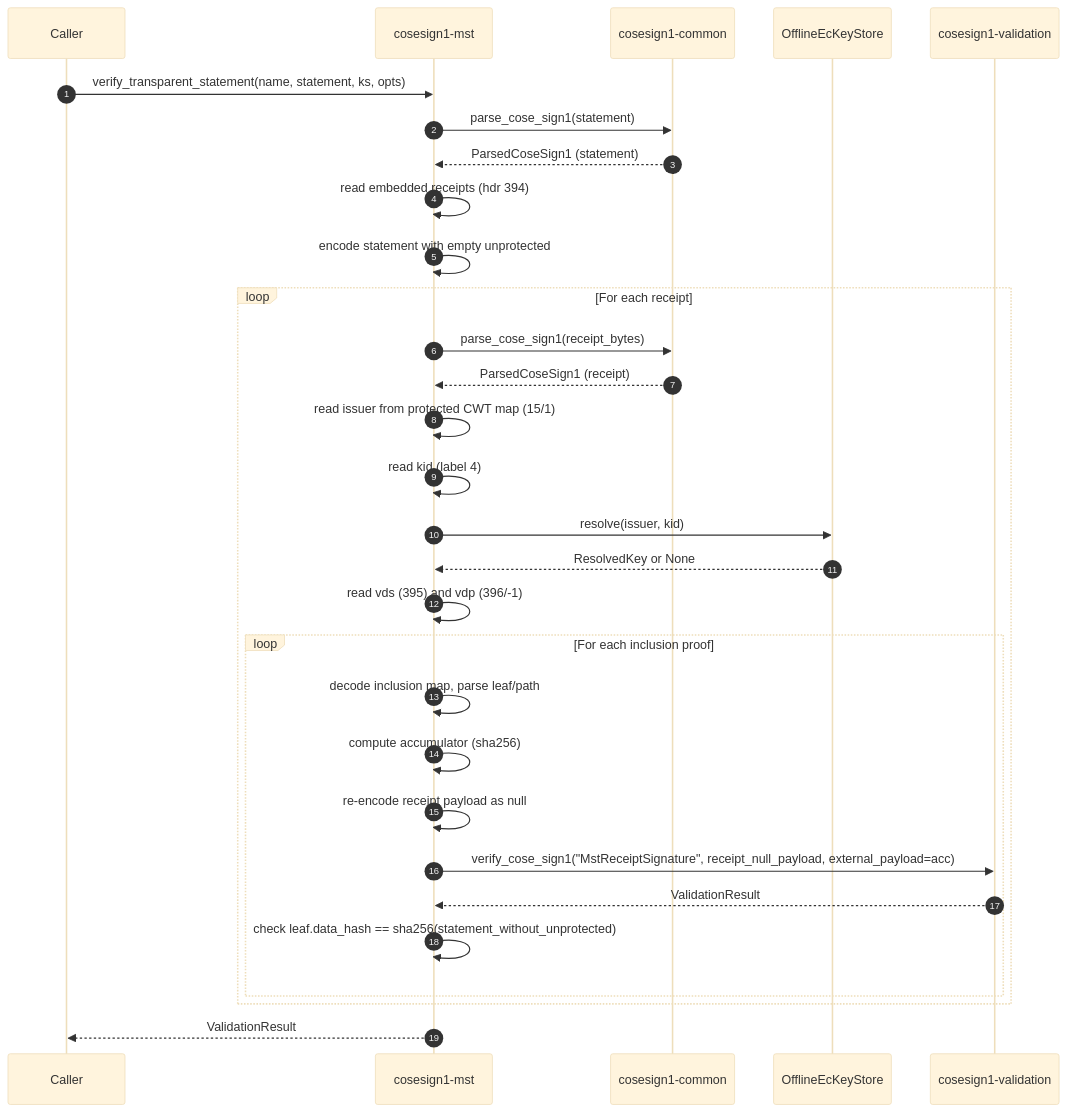
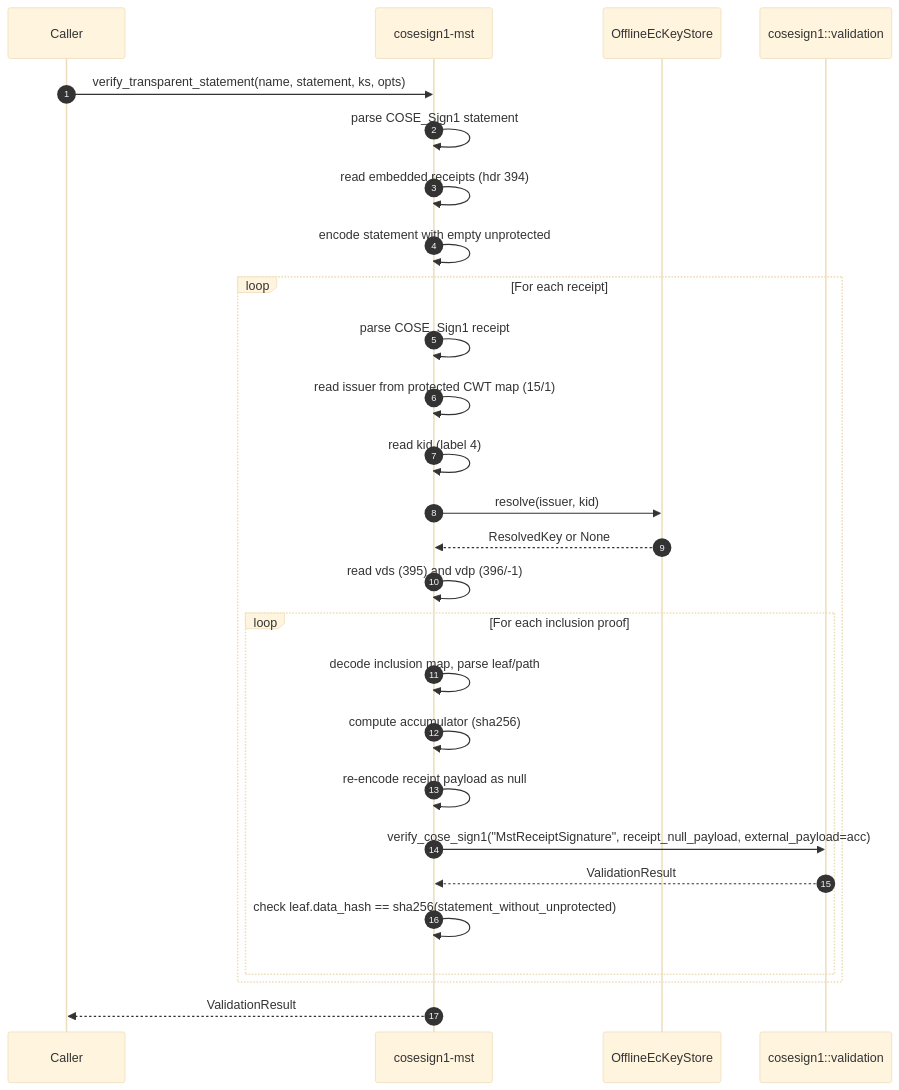
The second of 3 diagrams in rust/docs/sequence-diagrams.md (microsoft/CoseSignTool), drawn with Mermaid (base theme) before and after one commit. The commit also changed other lines of this file and 172 other files, not shown here.

````diff
--- a/rust/docs/sequence-diagrams.md
+++ b/rust/docs/sequence-diagrams.md
@@ -31,37 +34,34 @@
 ```mermaid
 sequenceDiagram
     autonumber
     participant App as Caller
     participant MST as cosesign1-mst
-    participant Common as cosesign1-common
     participant KS as OfflineEcKeyStore
-    participant Val as cosesign1-validation
+    participant Val as cosesign1::validation
 
     App->>MST: verify_transparent_statement(name, statement, ks, opts)
-    MST->>Common: parse_cose_sign1(statement)
-    Common-->>MST: ParsedCoseSign1 (statement)
+    MST->>MST: parse COSE_Sign1 statement
     MST->>MST: read embedded receipts (hdr 394)
     MST->>MST: encode statement with empty unprotected
 
     loop For each receipt
-        MST->>Common: parse_cose_sign1(receipt_bytes)
-        Common-->>MST: ParsedCoseSign1 (receipt)
+        MST->>MST: parse COSE_Sign1 receipt
         MST->>MST: read issuer from protected CWT map (15/1)
         MST->>MST: read kid (label 4)
         MST->>KS: resolve(issuer, kid)
         KS-->>MST: ResolvedKey or None
 
         MST->>MST: read vds (395) and vdp (396/-1)
 
         loop For each inclusion proof
             MST->>MST: decode inclusion map, parse leaf/path
             MST->>MST: compute accumulator (sha256)
             MST->>MST: re-encode receipt payload as null
             MST->>Val: verify_cose_sign1("MstReceiptSignature", receipt_null_payload, external_payload=acc)
             Val-->>MST: ValidationResult
             MST->>MST: check leaf.data_hash == sha256(statement_without_unprotected)
         end
     end
 
     MST-->>App: ValidationResult
 ```
````
